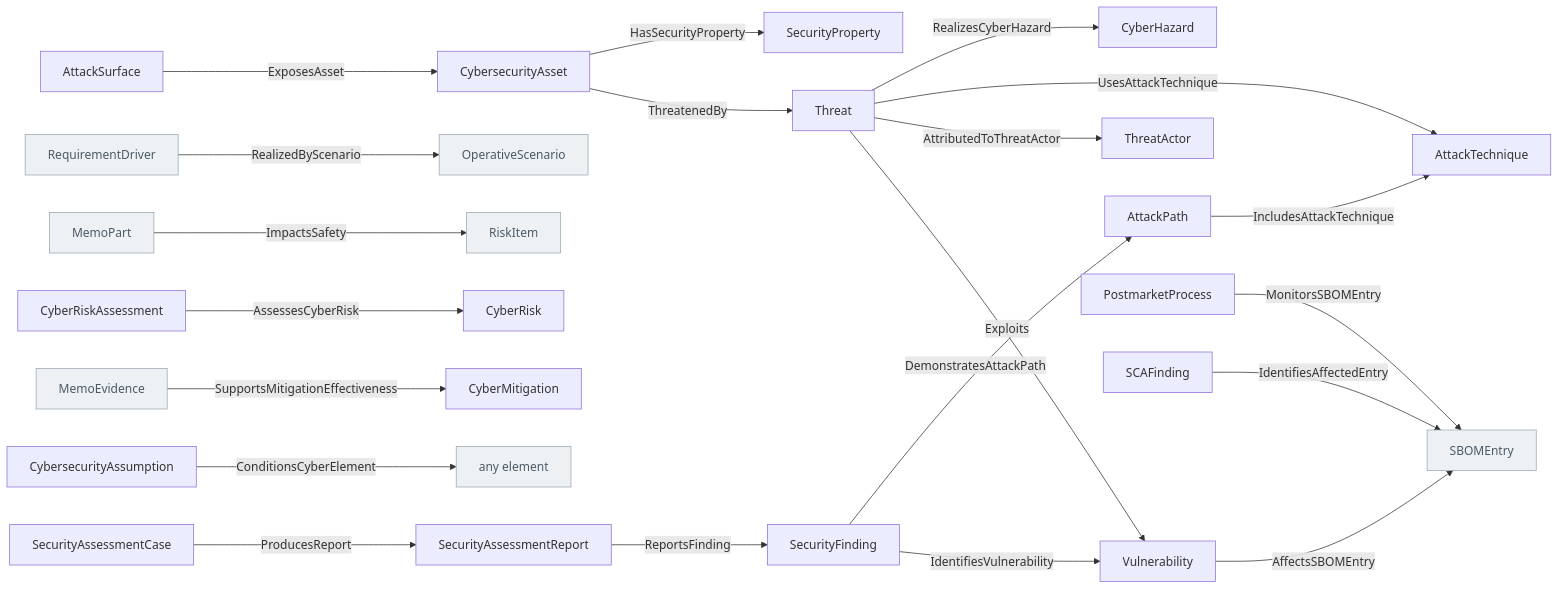
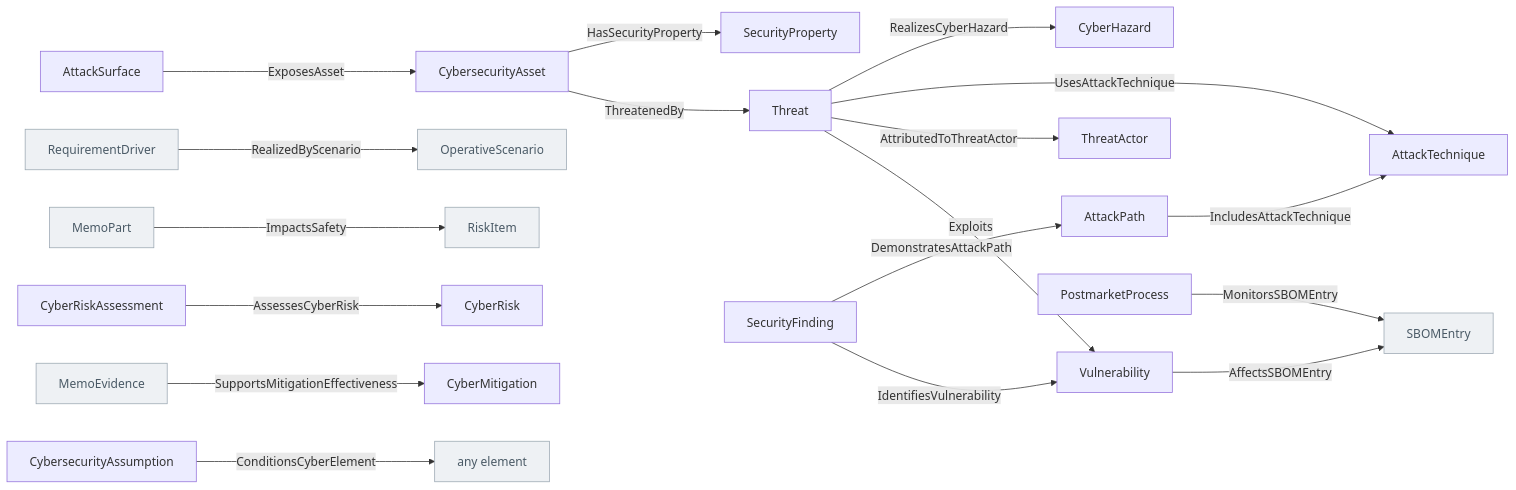
Before and after one commit to memoarchitect/memo: the diagram in docs/ontology/_generated/cybersecurity.md, drawn with Mermaid. The commit also changed other lines of this file and 30 other files, not shown here.

````diff
--- a/docs/ontology/_generated/cybersecurity.md
+++ b/docs/ontology/_generated/cybersecurity.md
@@ -38,49 +34,43 @@
 ```mermaid
 flowchart LR
   CybersecurityAsset["CybersecurityAsset"]
   Threat["Threat"]
   Vulnerability["Vulnerability"]
   RequirementDriver["RequirementDriver"]:::other
   OperativeScenario["OperativeScenario"]:::other
   MemoPart["MemoPart"]:::other
   RiskItem["RiskItem"]:::other
   SecurityProperty["SecurityProperty"]
   AttackSurface["AttackSurface"]
   ThreatActor["ThreatActor"]
   AttackTechnique["AttackTechnique"]
   AttackPath["AttackPath"]
   CyberHazard["CyberHazard"]
   CyberRiskAssessment["CyberRiskAssessment"]
   CyberRisk["CyberRisk"]
   SecurityFinding["SecurityFinding"]
   SBOMEntry["SBOMEntry"]:::other
   MemoEvidence["MemoEvidence"]:::other
   CyberMitigation["CyberMitigation"]
   CybersecurityAssumption["CybersecurityAssumption"]
   anyElement["any element"]:::other
   PostmarketProcess["PostmarketProcess"]
-  SecurityAssessmentCase["SecurityAssessmentCase"]
-  SecurityAssessmentReport["SecurityAssessmentReport"]
-  SCAFinding["SCAFinding"]
   CybersecurityAsset -->|ThreatenedBy| Threat
   Threat -->|Exploits| Vulnerability
   RequirementDriver -->|RealizedByScenario| OperativeScenario
   MemoPart -->|ImpactsSafety| RiskItem
   CybersecurityAsset -->|HasSecurityProperty| SecurityProperty
   AttackSurface -->|ExposesAsset| CybersecurityAsset
   Threat -->|AttributedToThreatActor| ThreatActor
   Threat -->|UsesAttackTechnique| AttackTechnique
   AttackPath -->|IncludesAttackTechnique| AttackTechnique
   Threat -->|RealizesCyberHazard| CyberHazard
   CyberRiskAssessment -->|AssessesCyberRisk| CyberRisk
   SecurityFinding -->|IdentifiesVulnerability| Vulnerability
   Vulnerability -->|AffectsSBOMEntry| SBOMEntry
   SecurityFinding -->|DemonstratesAttackPath| AttackPath
   MemoEvidence -->|SupportsMitigationEffectiveness| CyberMitigation
   CybersecurityAssumption -->|ConditionsCyberElement| anyElement
   PostmarketProcess -->|MonitorsSBOMEntry| SBOMEntry
-  SecurityAssessmentCase -->|ProducesReport| SecurityAssessmentReport
-  SecurityAssessmentReport -->|ReportsFinding| SecurityFinding
-  SCAFinding -->|IdentifiesAffectedEntry| SBOMEntry
   classDef other fill:#eef1f4,stroke:#9aa7b2,color:#4a5a66
 ```
````
